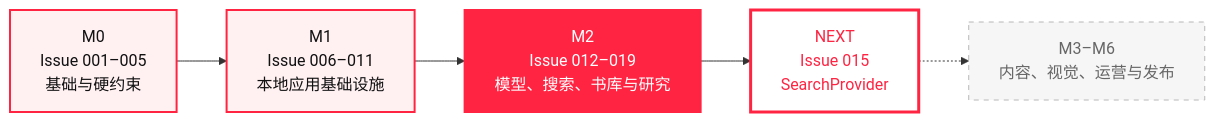
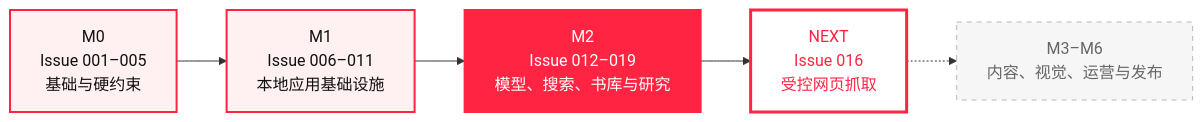
Before and after one commit to KAtOReNA7/Rednote-Automated-Operation-Tool: the first of 2 diagrams in README.md, drawn with Mermaid. The commit also changed other lines of this file and 76 other files, not shown here.

````diff
--- a/README.md
+++ b/README.md
@@ -59,17 +59,17 @@
 ```mermaid
 flowchart LR
     M0["M0<br/>Issue 001–005<br/>基础与硬约束"] --> M1["M1<br/>Issue 006–011<br/>本地应用基础设施"]
     M1 --> M2["M2<br/>Issue 012–019<br/>模型、搜索、书库与研究"]
-    M2 --> NEXT["NEXT<br/>Issue 015<br/>SearchProvider"]
+    M2 --> NEXT["NEXT<br/>Issue 016<br/>受控网页抓取"]
     NEXT -.-> FUTURE["M3–M6<br/>内容、视觉、运营与发布"]
 
     classDef done fill:#fff0f2,stroke:#ff2442,color:#111,stroke-width:2px;
     classDef active fill:#ff2442,stroke:#ff2442,color:#fff,stroke-width:2px;
     classDef next fill:#fff,stroke:#ff2442,color:#ff2442,stroke-width:3px;
     classDef future fill:#f6f6f6,stroke:#b8b8b8,color:#666,stroke-dasharray:5 5;
 
     class M0,M1 done;
     class M2 active;
     class NEXT next;
     class FUTURE future;
 ```
````
